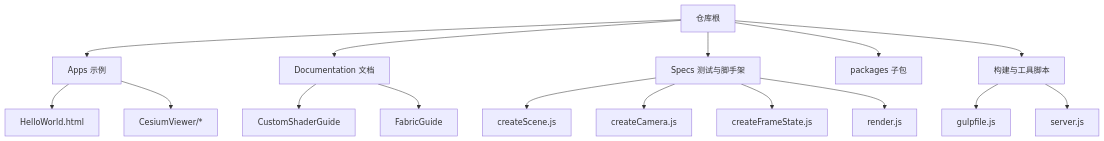
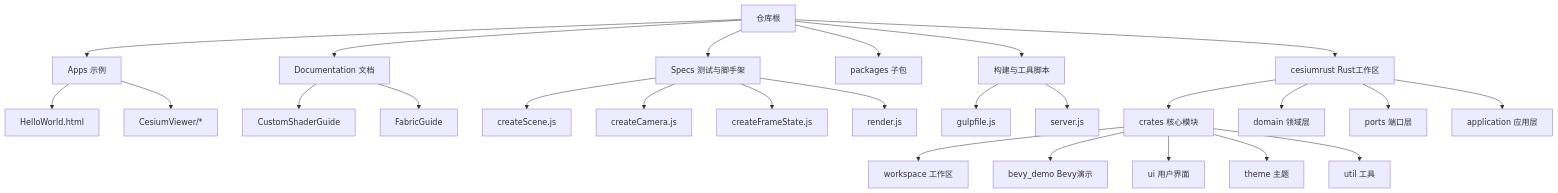
The first of 6 diagrams in .qoder/repowiki/zh/content/核心概念/核心概念.md (rzhangjing/cesium), drawn with Mermaid before and after one commit. The commit also changed other lines of this file and 100 other files, not shown here.

````diff
--- a/.qoder/repowiki/zh/content/核心概念/核心概念.md
+++ b/.qoder/repowiki/zh/content/核心概念/核心概念.md
@@ -53,18 +67,28 @@
 ```mermaid
 graph TB
 A["仓库根"] --> B["Apps 示例"]
 A --> C["Documentation 文档"]
 A --> D["Specs 测试与脚手架"]
 A --> E["packages 子包"]
 A --> F["构建与工具脚本"]
+A --> G["cesiumrust Rust工作区"]
 B --> B1["HelloWorld.html"]
 B --> B2["CesiumViewer/*"]
 C --> C1["CustomShaderGuide"]
 C --> C2["FabricGuide"]
 D --> D1["createScene.js"]
 D --> D2["createCamera.js"]
 D --> D3["createFrameState.js"]
 D --> D4["render.js"]
 F --> F1["gulpfile.js"]
 F --> F2["server.js"]
+G --> G1["crates 核心模块"]
+G --> G2["domain 领域层"]
+G --> G3["ports 端口层"]
+G --> G4["application 应用层"]
+G1 --> G1a["workspace 工作区"]
+G1 --> G1b["bevy_demo Bevy演示"]
+G1 --> G1c["ui 用户界面"]
+G1 --> G1d["theme 主题"]
+G1 --> G1e["util 工具"]
 ```
````
